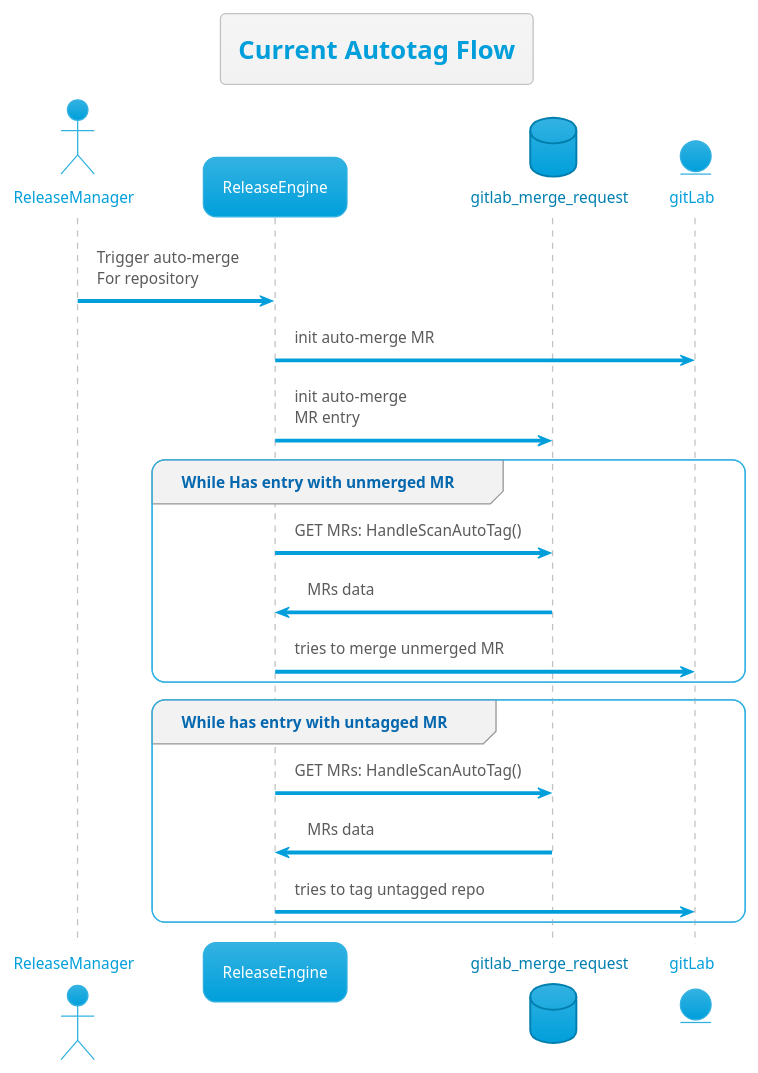
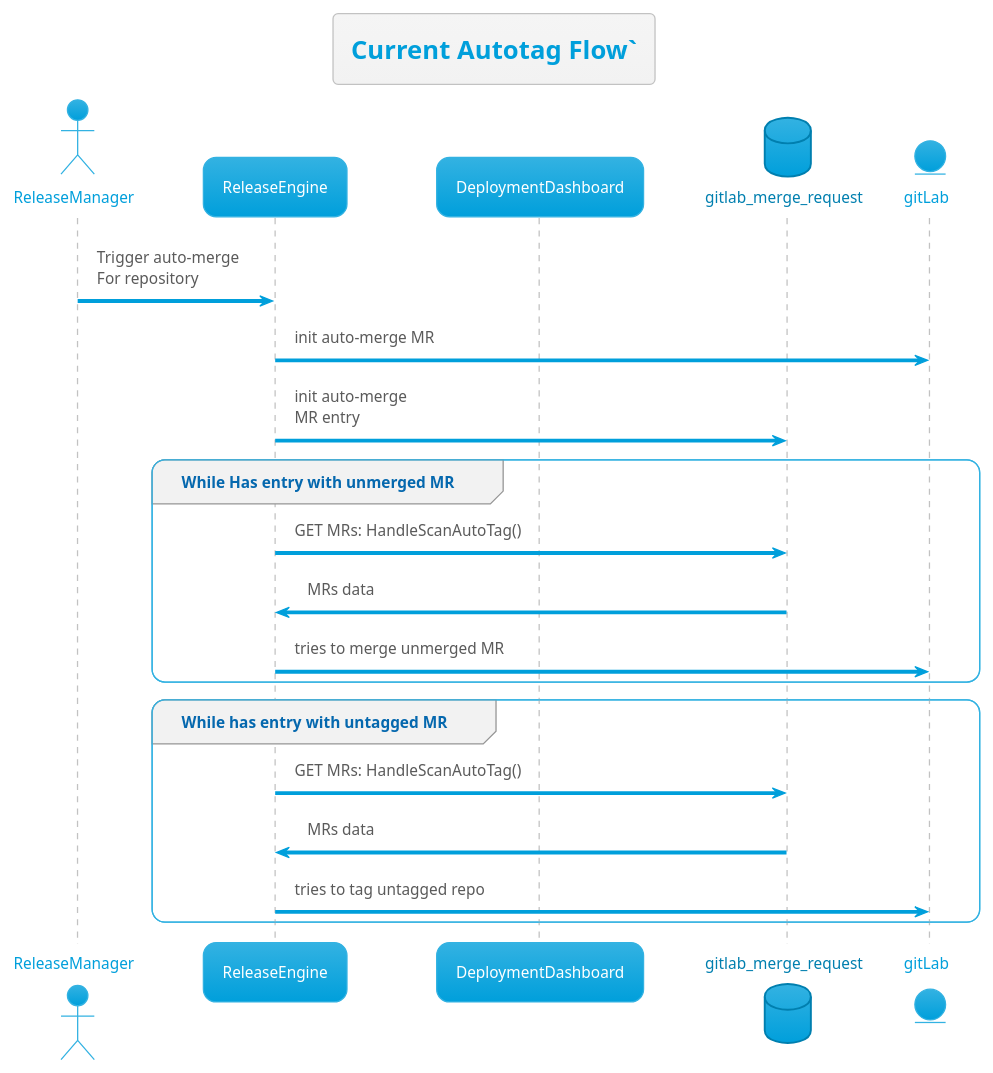
One commit to thetomitomo/diagrams changed the diagram in src/PreBuildFlow/CurrentAutotagFlow.plantuml. Above: the diagram before and after it, drawn with PlantUML. The commit also changed 52 other files, not shown here.

```diff
--- a/src/PreBuildFlow/CurrentAutotagFlow.plantuml
+++ b/src/PreBuildFlow/CurrentAutotagFlow.plantuml
@@ -1,33 +1,33 @@
 @startuml
 !theme bluegray
 skinparam FooterFontColor black
 skinparam DatabaseFontColor #007faf
 
 actor ReleaseManager as RM
 participant ReleaseEngine as RE
 ' database deployment_ack_config_tab as ackDB
 ' database gitlab_project_tab as gitDB
-' participant DeploymentDashboard as DD
+participant DeploymentDashboard as DD
 ' database deployment_request_tab as deplßoymentDB
 database gitlab_merge_request as MRDB
 entity gitLab as git
 
-title Current Autotag Flow
+title Current Autotag Flow`
 
 RM -> RE : Trigger auto-merge\nFor repository
 RE -> git : init auto-merge MR
 RE -> MRDB : init auto-merge\nMR entry
 
 group While Has entry with unmerged MR
     RE -> MRDB : GET MRs: HandleScanAutoTag()
     MRDB -> RE : MRs data
     RE -> git : tries to merge unmerged MR 
 end group
 
 group While has entry with untagged MR
     RE -> MRDB : GET MRs: HandleScanAutoTag()
     MRDB -> RE : MRs data
     RE -> git : tries to tag untagged repo
 end group
 
 @enduml
```
